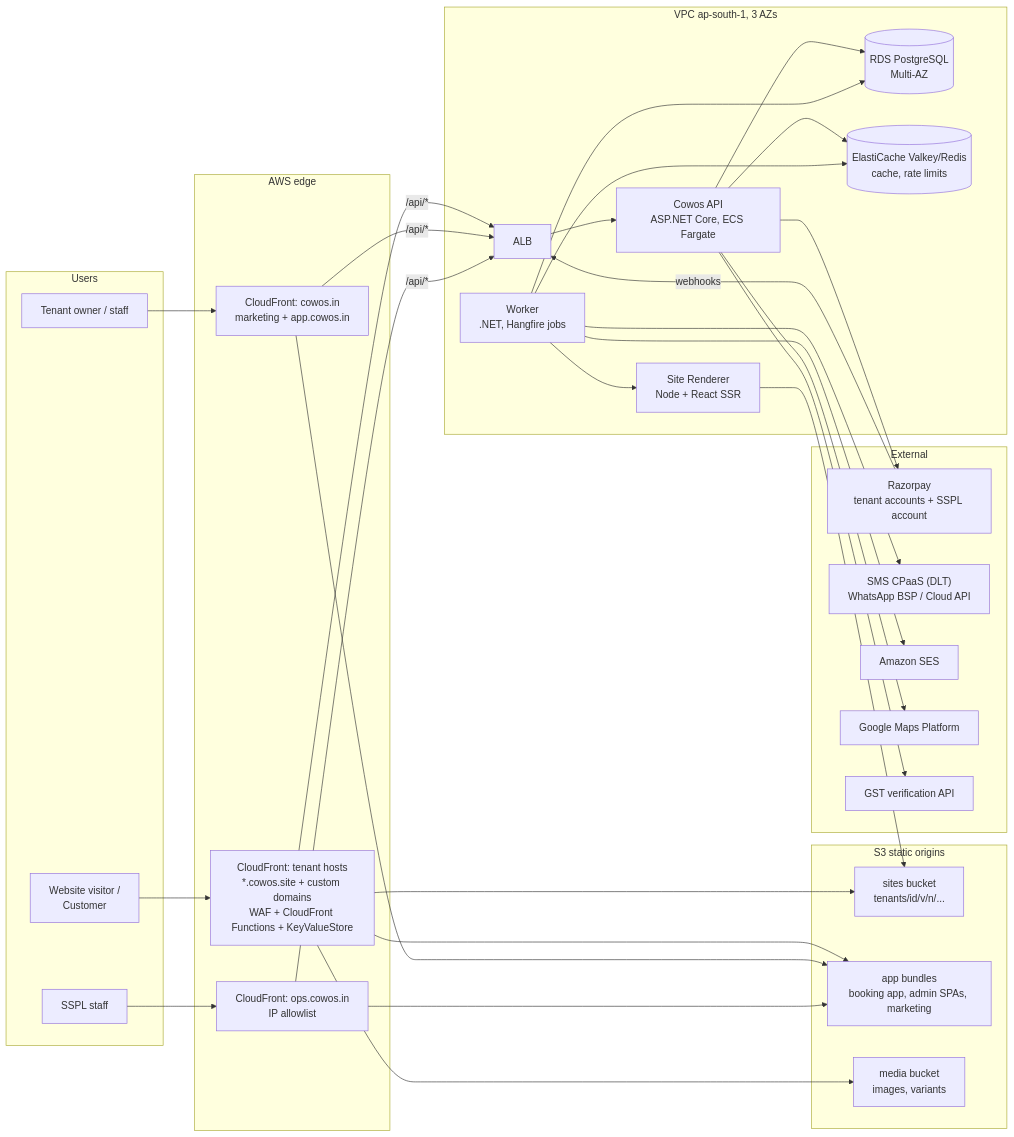
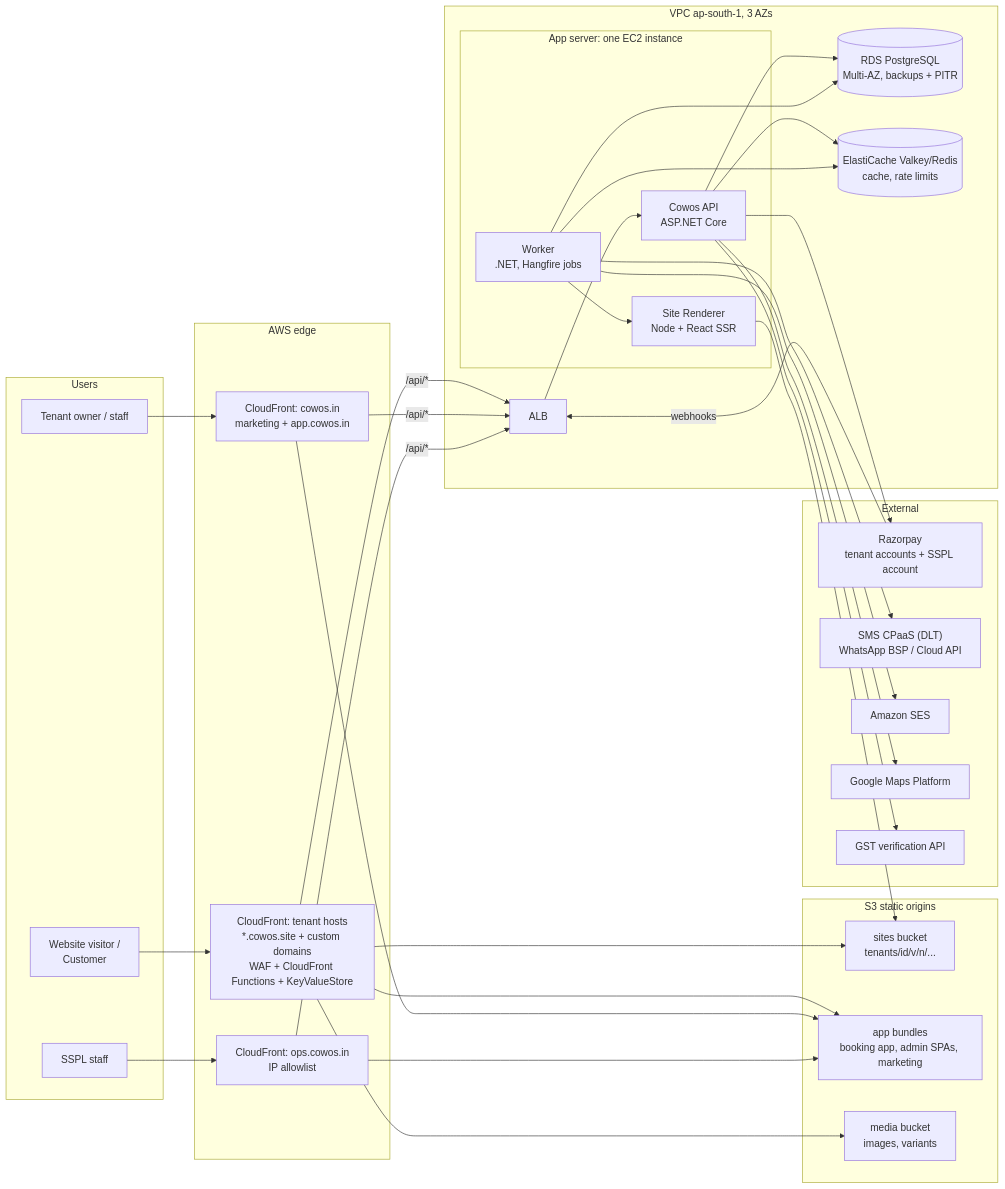
Before and after one commit to mathsyagiri-scrimpify/Cowos: the first of 6 diagrams in docs/requirements/08-architecture.md, drawn with Mermaid. The commit also changed other lines of this file and 18 other files, not shown here.

````diff
--- a/docs/requirements/08-architecture.md
+++ b/docs/requirements/08-architecture.md
@@ -15,56 +15,58 @@
 ```mermaid
 flowchart LR
     subgraph Users
         V[Website visitor /<br/>Customer]
         T[Tenant owner / staff]
         S[SSPL staff]
     end
 
     subgraph Edge[AWS edge]
         CF1[CloudFront: tenant hosts<br/>*.cowos.site + custom domains<br/>WAF + CloudFront Functions + KeyValueStore]
         CF2[CloudFront: cowos.in<br/>marketing + app.cowos.in]
         CF3[CloudFront: ops.cowos.in<br/>IP allowlist]
     end
 
     subgraph Static[S3 static origins]
         S3S[sites bucket<br/>tenants/id/v/n/...]
         S3A[app bundles<br/>booking app, admin SPAs, marketing]
         S3M[media bucket<br/>images, variants]
     end
 
     subgraph VPC[VPC ap-south-1, 3 AZs]
         ALB[ALB]
-        API[Cowos API<br/>ASP.NET Core, ECS Fargate]
-        WRK[Worker<br/>.NET, Hangfire jobs]
-        RND[Site Renderer<br/>Node + React SSR]
-        DB[(RDS PostgreSQL<br/>Multi-AZ)]
+        subgraph APP[App server: one EC2 instance]
+            API[Cowos API<br/>ASP.NET Core]
+            WRK[Worker<br/>.NET, Hangfire jobs]
+            RND[Site Renderer<br/>Node + React SSR]
+        end
+        DB[(RDS PostgreSQL<br/>Multi-AZ, backups + PITR)]
         RED[(ElastiCache Valkey/Redis<br/>cache, rate limits)]
     end
 
     subgraph External
         RZ[Razorpay<br/>tenant accounts + SSPL account]
         MSG["SMS CPaaS (DLT)<br/>WhatsApp BSP / Cloud API"]
         SES[Amazon SES]
         GM[Google Maps Platform]
         GST[GST verification API]
     end
 
     V --> CF1
     T --> CF2
     S --> CF3
     CF1 --> S3S & S3A & S3M
     CF1 -->|"/api/*"| ALB
     CF2 --> S3A
     CF2 -->|"/api/*"| ALB
     CF3 --> S3A
     CF3 -->|"/api/*"| ALB
     ALB --> API
     API --> DB & RED
     WRK --> DB & RED
     WRK --> RND
     RND --> S3S
     API --> RZ
     RZ -- webhooks --> ALB
     WRK --> MSG & SES
     API --> GM & GST
 ```
````
